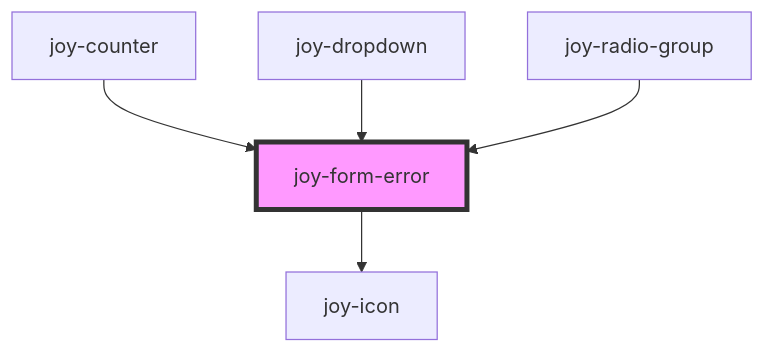
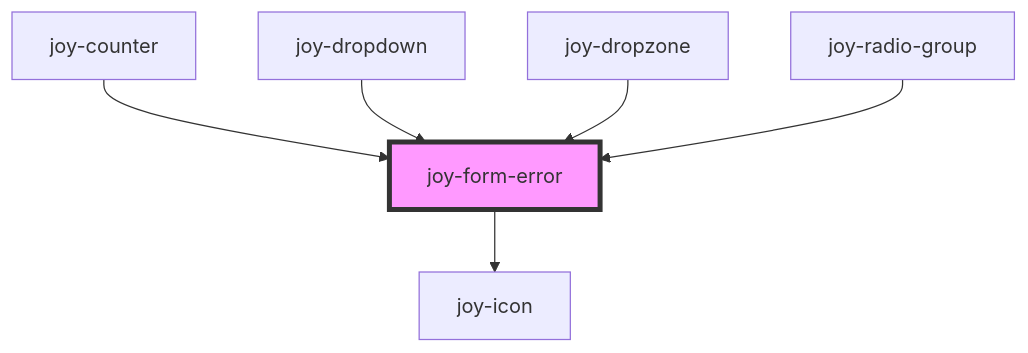
One commit to Maltcommunity/joy changed the diagram in core/src/components/form-error/readme.md. Above: the diagram before and after it, drawn with Mermaid. The commit also changed other lines of this file and 18 other files, not shown here.

````diff
--- a/core/src/components/form-error/readme.md
+++ b/core/src/components/form-error/readme.md
@@ -62,8 +63,9 @@
 ```mermaid
 graph TD;
   joy-form-error --> joy-icon
   joy-counter --> joy-form-error
   joy-dropdown --> joy-form-error
+  joy-dropzone --> joy-form-error
   joy-radio-group --> joy-form-error
   style joy-form-error fill:#f9f,stroke:#333,stroke-width:4px
 ```
````
